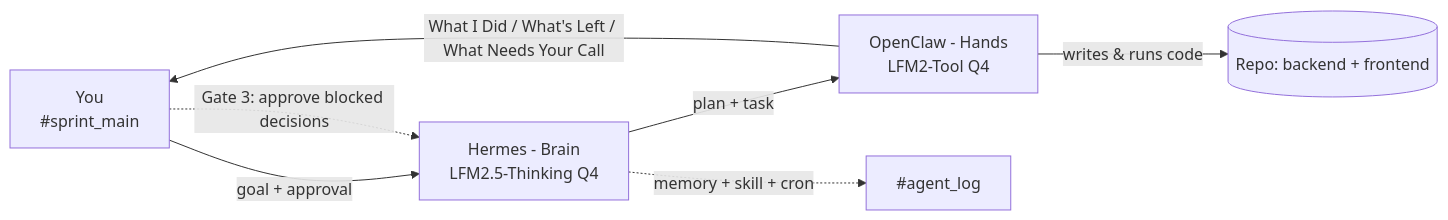
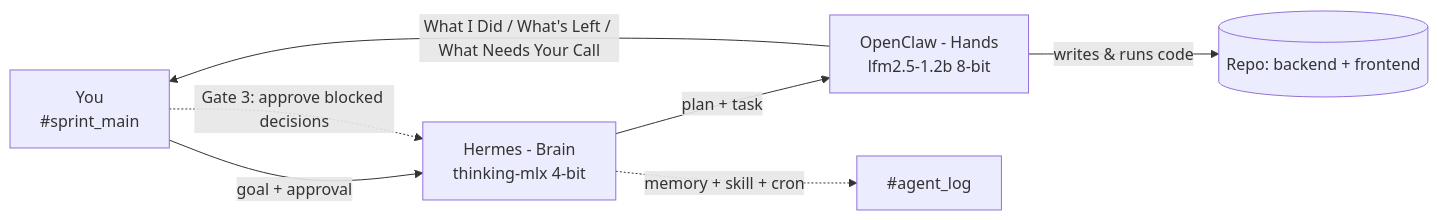
One commit to chiruu12/forge2-qualifier-chirag changed the diagram in ARCHITECTURE.md. Above: the diagram before and after it, drawn with Mermaid. The commit also changed other lines of this file and 12 other files, not shown here.

````diff
--- a/ARCHITECTURE.md
+++ b/ARCHITECTURE.md
@@ -5,9 +5,9 @@
 ```mermaid
 flowchart LR
-    H["You<br/>#sprint_main"] -->|goal + approval| B["Hermes - Brain<br/>LFM2.5-Thinking Q4"]
-    B -->|plan + task| C["OpenClaw - Hands<br/>LFM2-Tool Q4"]
+    H["You<br/>#sprint_main"] -->|goal + approval| B["Hermes - Brain<br/>thinking-mlx 4-bit"]
+    B -->|plan + task| C["OpenClaw - Hands<br/>lfm2.5-1.2b 8-bit"]
     C -->|writes & runs code| Repo[("Repo: backend + frontend")]
     C -->|What I Did / What's Left / What Needs Your Call| H
     B -. "memory + skill + cron" .-> Log["#agent_log"]
     H -. "Gate 3: approve blocked decisions" .-> B
 ```
````
